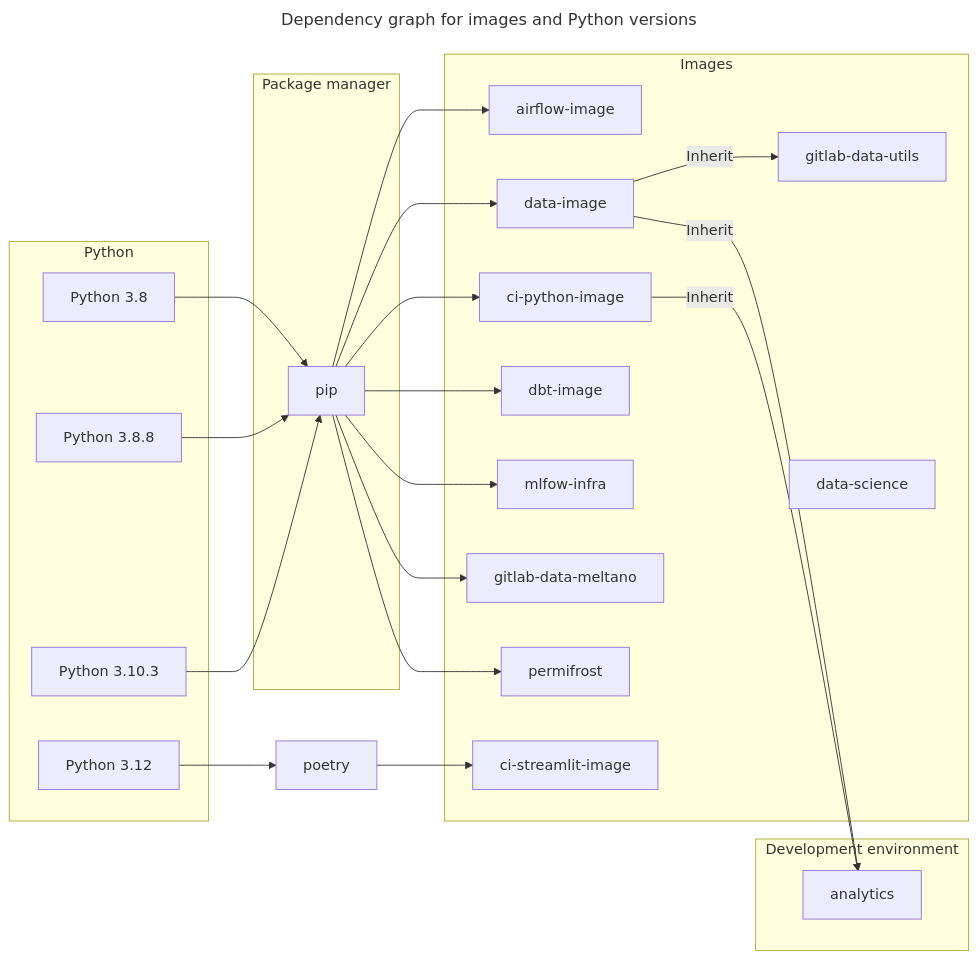
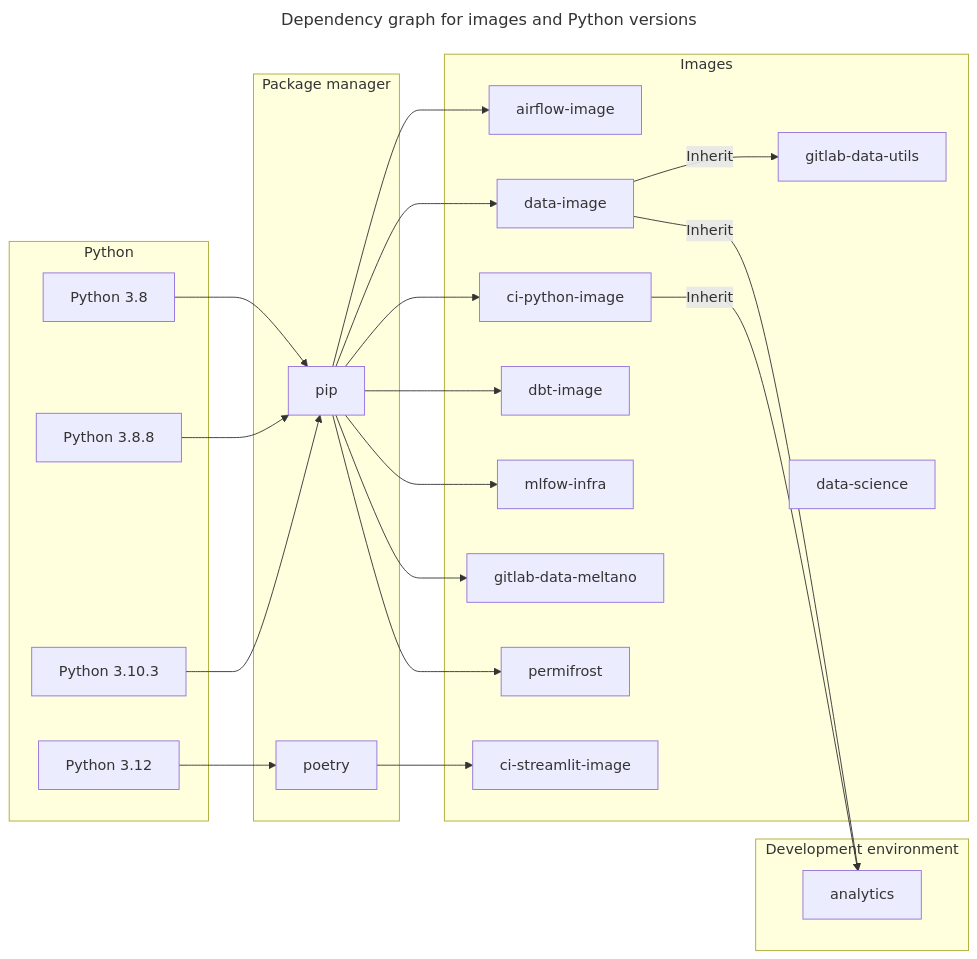
The diagram in content/handbook/enterprise-data/platform/python-tool-package-management/index.md (zalyoung/gitlab-handbook), drawn with Mermaid before and after one commit.

Commit message:
Add poetry to the package manager

````diff
--- a/content/handbook/enterprise-data/platform/python-tool-package-management/index.md
+++ b/content/handbook/enterprise-data/platform/python-tool-package-management/index.md
@@ -74,51 +74,52 @@
 ```mermaid
 ---
 title: Dependency graph for images and Python versions
 ---
 flowchart LR
     P38  --> pip
     P388 --> pip
     P310 --> pip
     P312 --> poetry
     pip --> airflow-image
     pip --> ci-python-image
     pip --> data-image
     pip --> dbt-image
     pip --> mlfow-infra
     pip --> gitlab-data-meltano
     pip --> permifrost
     poetry --> ci-streamlit-image
 
     data-image      --Inherit--> gitlab-data-utils
     data-image      --Inherit--> analytics
     ci-python-image --Inherit--> analytics
 
 
     subgraph Python
         P38[Python 3.8]
         P388[Python 3.8.8]
         P310[Python 3.10.3]
         P312[Python 3.12]
     end
 
     subgraph Package manager
        pip[pip]
+       poetry[poetry]
     end
 
     subgraph Images
         airflow-image
         ci-python-image
         data-image
         data-science
         dbt-image
         gitlab-data-utils
         mlfow-infra
         gitlab-data-meltano
         permifrost
         ci-streamlit-image
     end
 
     subgraph DEV [Development environment]
         analytics
     end
 ```
````
